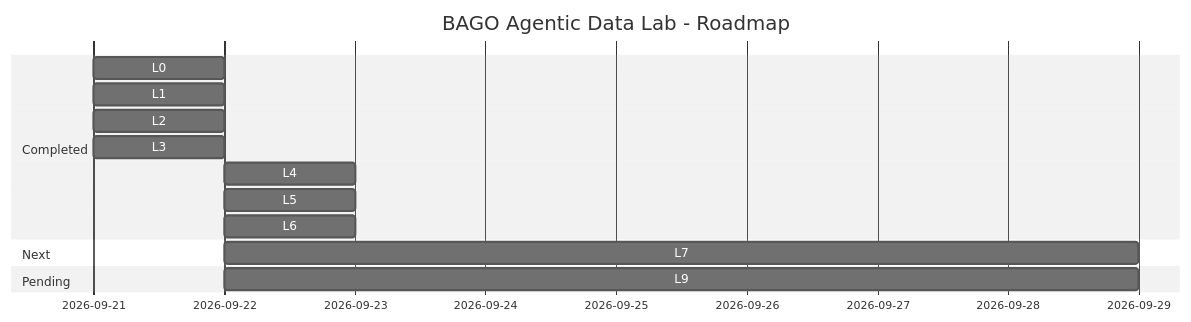
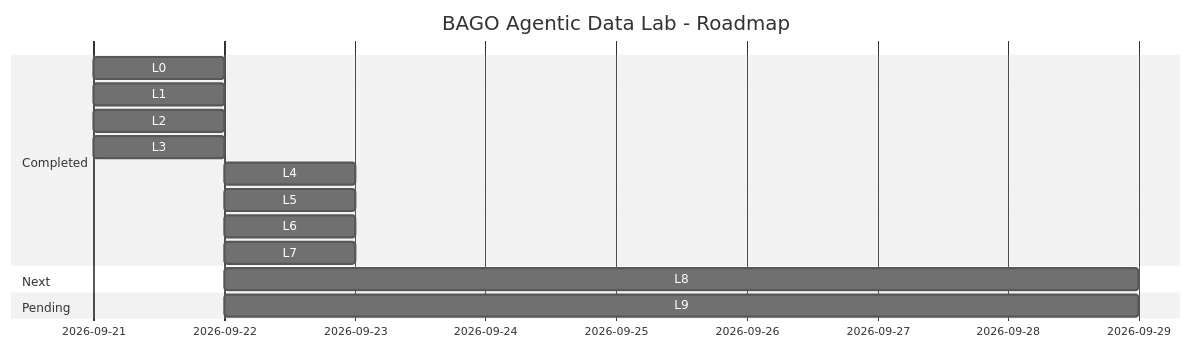
One commit to MarcValls/BAGO_AGENTIC_DATA_LAB changed the diagram in README.md. Above: the diagram before and after it, drawn with Mermaid (neutral theme). The commit also changed other lines of this file and 11 other files, not shown here.

````diff
--- a/README.md
+++ b/README.md
@@ -29,20 +29,21 @@
 ```mermaid
 gantt
     title BAGO Agentic Data Lab - Roadmap
     dateFormat  YYYY-MM-DD
     
     section Completed
     L0: Baseline           :done, 2026-09-21, 1d
     L1: LangGraph          :done, 2026-09-21, 1d
     L2: ETL Pipeline       :done, 2026-09-21, 1d
     L3: Metadata            :done, 2026-09-21, 1d
     L4: Governed RAG        :done, 2026-09-22, 1d
     L5: MCP                :done, 2026-09-22, 1d
     L6: AWS Bedrock        :done, 2026-09-22, 1d
+    L7: Bedrock KB         :done, 2026-09-22, 1d
 
     section Next
-    L7: Bedrock KB         :active, after L6, 7d
+    L8: Metadata Catalog   :active, after L7, 7d
     
     section Pending
     L9: End-to-End Agent   :crit, after L8, 7d
 ```
````
